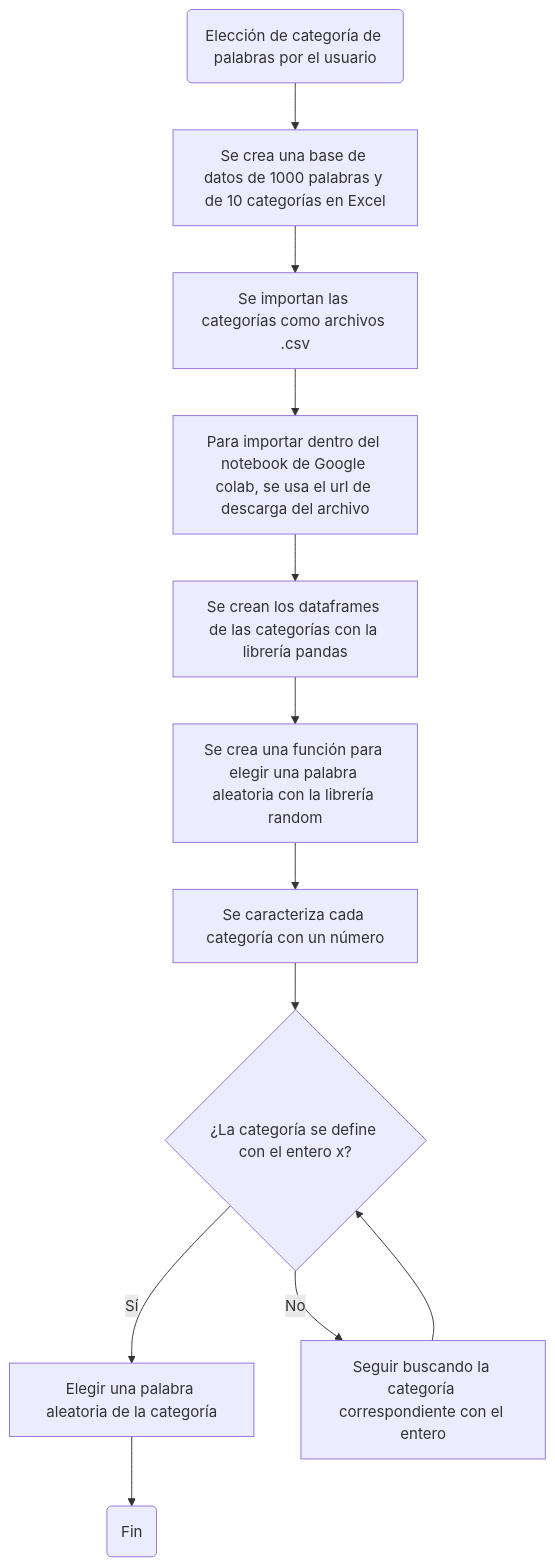
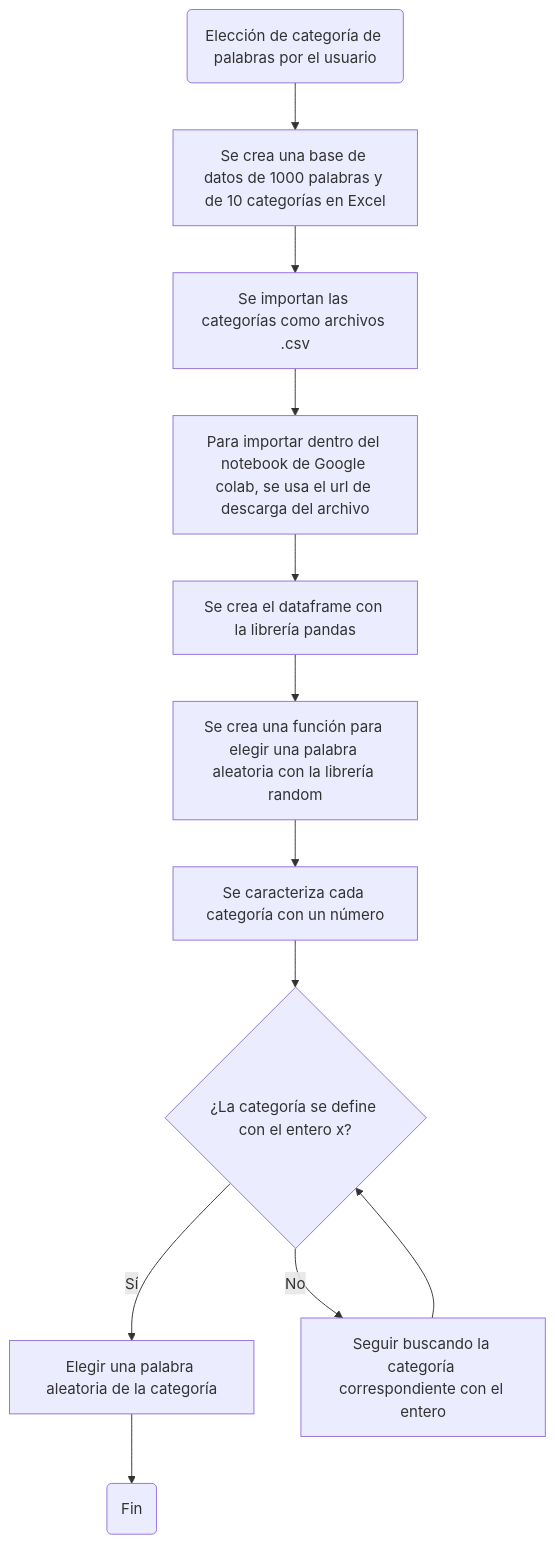
One commit to Steffyf317/proyecto_pdc changed the first of 2 diagrams in README.md. Above: the diagram before and after it, drawn with Mermaid.

````diff
--- a/README.md
+++ b/README.md
@@ -11,15 +11,15 @@
 ```mermaid
 flowchart TD;
     A(Elección de categoría de palabras por el usuario)
     A-->B[Se crea una base de datos de 1000 palabras y de 10 categorías en Excel];
     B-->C[Se importan las categorías como archivos .csv];
     C-->D[Para importar dentro del notebook de Google colab, se usa el url de descarga del archivo];
-    D-->E[Se crean los dataframes de las categorías con la librería pandas];
+    D-->E[Se crea el dataframe con la librería pandas];
     E-->F[Se crea una función para elegir una palabra aleatoria con la librería random];
     F-->G[Se caracteriza cada categoría con un número];
     G-->H;
     H{¿La categoría se define con el entero x?} -- Sí --> I[Elegir una palabra aleatoria de la categoría];
     H -- No --> J[Seguir buscando la categoría correspondiente con el entero];
     J-->H;
     I-->K(Fin)
 ```
````
